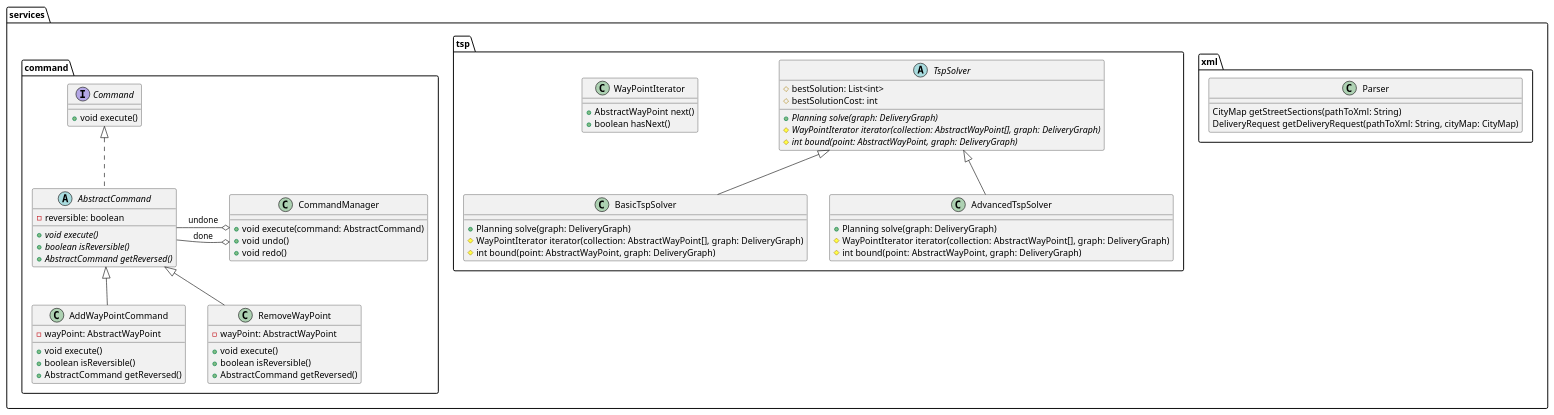
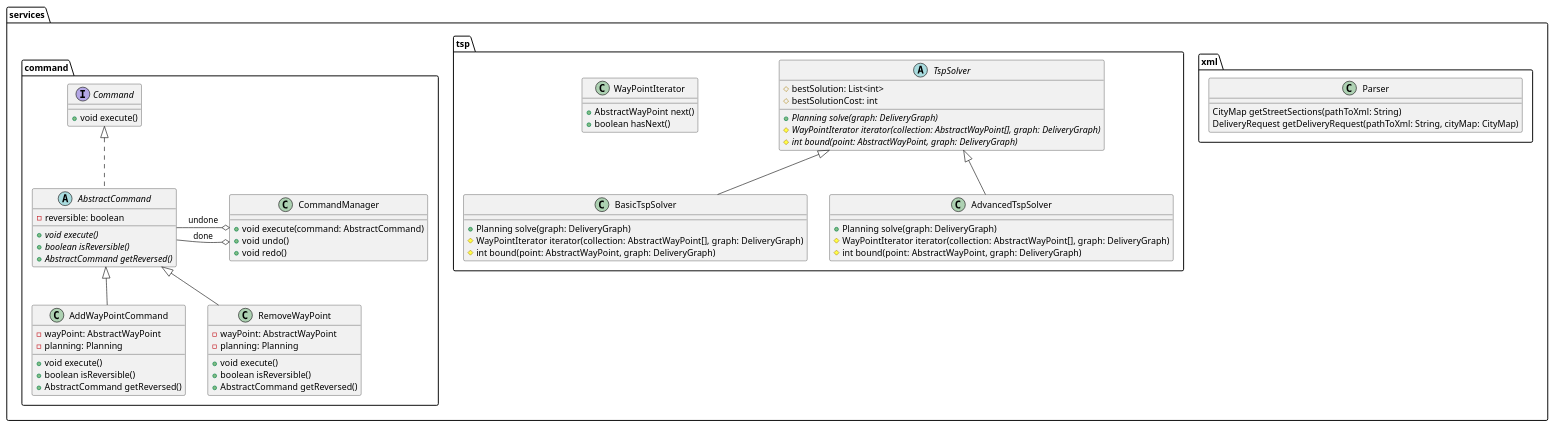
The diagram in docs/uml/package.services.puml (if-h4102/pld-agile), drawn with PlantUML before and after one commit. The commit also changed 3 other files, not shown here.

```diff
--- a/docs/uml/package.services.puml
+++ b/docs/uml/package.services.puml
@@ -1,82 +1,84 @@
 @startuml
 
 package services {
     package xml {
         class Parser {
             CityMap getStreetSections(pathToXml: String)
             DeliveryRequest getDeliveryRequest(pathToXml: String, cityMap: CityMap)
         }
     }
 
     package tsp {
         abstract class TspSolver {
             #bestSolution: List<int>
             #bestSolutionCost: int
             +{abstract} Planning solve(graph: DeliveryGraph)
             #{abstract} WayPointIterator iterator(collection: AbstractWayPoint[], graph: DeliveryGraph)
             #{abstract} int bound(point: AbstractWayPoint, graph: DeliveryGraph)
         }
 
         class BasicTspSolver {
             +Planning solve(graph: DeliveryGraph)
             #WayPointIterator iterator(collection: AbstractWayPoint[], graph: DeliveryGraph)
             #int bound(point: AbstractWayPoint, graph: DeliveryGraph)
         }
 
         class AdvancedTspSolver {
             +Planning solve(graph: DeliveryGraph)
             #WayPointIterator iterator(collection: AbstractWayPoint[], graph: DeliveryGraph)
             #int bound(point: AbstractWayPoint, graph: DeliveryGraph)
         }
 
         class WayPointIterator {
             +AbstractWayPoint next()
             +boolean hasNext()
         }
 
         TspSolver <|-- BasicTspSolver
         TspSolver <|-- AdvancedTspSolver
     }
 
     package command {
         class CommandManager {
             +void execute(command: AbstractCommand)
             +void undo()
             +void redo()
         }
 
         interface Command {
             +void execute()
         }
 
         abstract class AbstractCommand implements Command {
             -reversible: boolean
             +{abstract} void execute()
             +{abstract} boolean isReversible()
             +{abstract} AbstractCommand getReversed()
         }
 
         class AddWayPointCommand extends AbstractCommand {
             -wayPoint: AbstractWayPoint
+            -planning: Planning
             +void execute()
             +boolean isReversible()
             +AbstractCommand getReversed()
         }
 
         class RemoveWayPoint extends AbstractCommand {
             -wayPoint: AbstractWayPoint
+            -planning: Planning
             +void execute()
             +boolean isReversible()
             +AbstractCommand getReversed()
         }
 
         CommandManager o-left- AbstractCommand: done
         CommandManager o-left- AbstractCommand: undone
 
 
     }
 }
 
 
 
 @enduml
```
